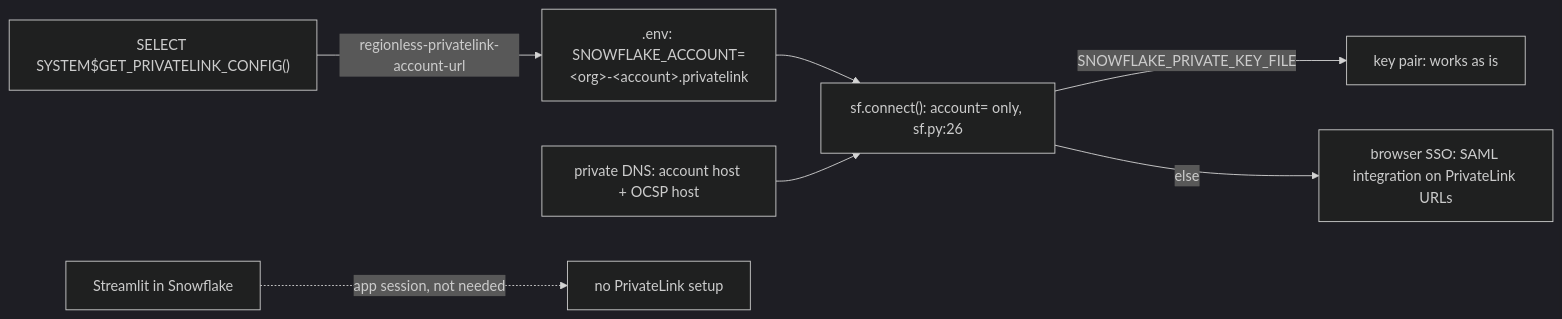
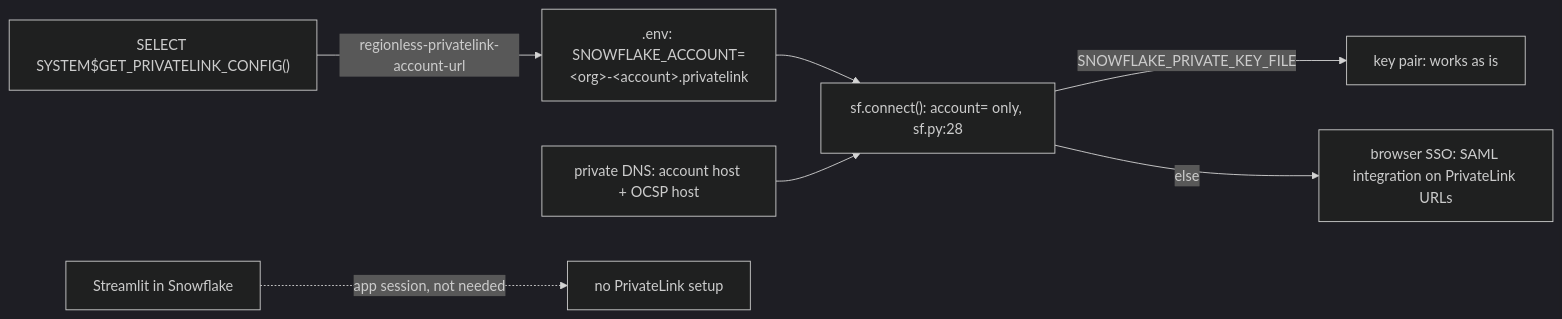
Before and after one commit to darshanmeel/snowflake-access-explorer: the diagram in snowflake-access-explorer-knowledge-graph/processes/privatelink-login.md, drawn with Mermaid (dark theme). The commit also changed other lines of this file and 14 other files, not shown here.

Commit message:
Knowledge graph: review fixes (sf.py:28 account line, PrivateLink range, README line refs in deploy and access-request pages)

````diff
--- a/snowflake-access-explorer-knowledge-graph/processes/privatelink-login.md
+++ b/snowflake-access-explorer-knowledge-graph/processes/privatelink-login.md
@@ -4,9 +4,9 @@
 ```mermaid
 flowchart LR
   CFG["SELECT SYSTEM$GET_PRIVATELINK_CONFIG()"] -->|regionless-privatelink-account-url| ENV[".env: SNOWFLAKE_ACCOUNT=&lt;org&gt;-&lt;account&gt;.privatelink"]
-  ENV --> C["sf.connect(): account= only, sf.py:26"]
+  ENV --> C["sf.connect(): account= only, sf.py:28"]
   DNS[private DNS: account host + OCSP host] --> C
   C -->|SNOWFLAKE_PRIVATE_KEY_FILE| KP[key pair: works as is]
   C -->|else| SSO[browser SSO: SAML integration on PrivateLink URLs]
   SIS[Streamlit in Snowflake] -.app session, not needed.-> X[no PrivateLink setup]
 ```
````
